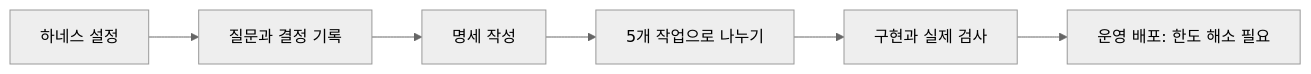
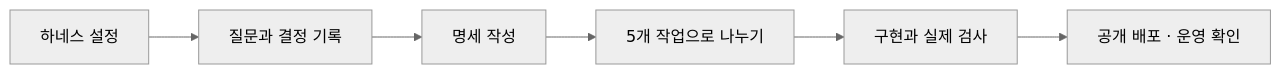
One commit to jhs512/2nd-matt-user-guide changed the diagram in README.md. Above: the diagram before and after it, drawn with Mermaid (neutral theme). The commit also changed other lines of this file and 6 other files, not shown here.

````diff
--- a/README.md
+++ b/README.md
@@ -7,4 +7,4 @@
 ```mermaid
 flowchart LR
-    A["하네스 설정"] --> B["질문과 결정 기록"] --> C["명세 작성"] --> D["5개 작업으로 나누기"] --> E["구현과 실제 검사"] --> F["운영 배포: 한도 해소 필요"]
+    A["하네스 설정"] --> B["질문과 결정 기록"] --> C["명세 작성"] --> D["5개 작업으로 나누기"] --> E["구현과 실제 검사"] --> F["공개 배포 · 운영 확인"]
 ```
````
